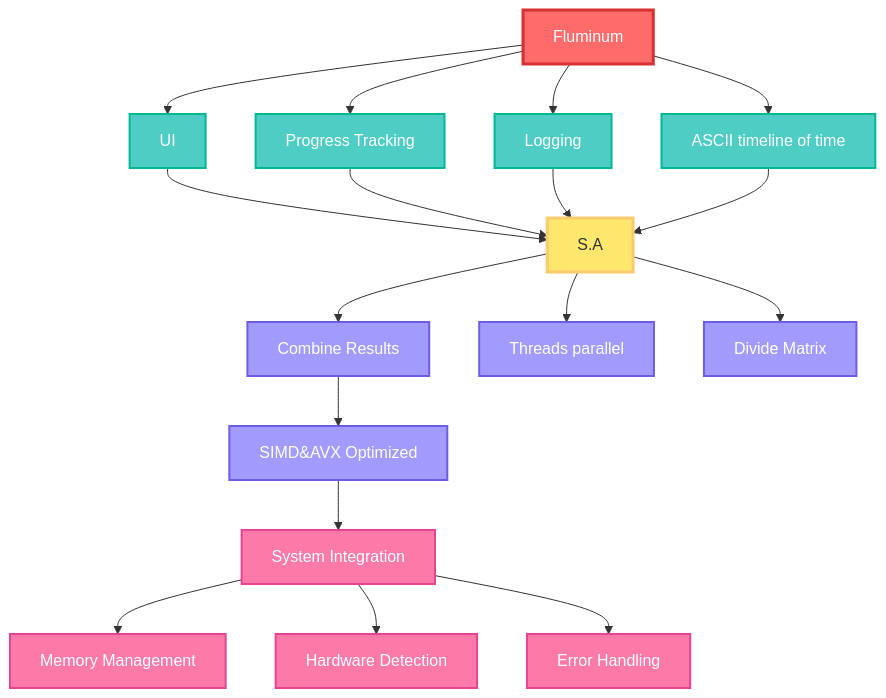
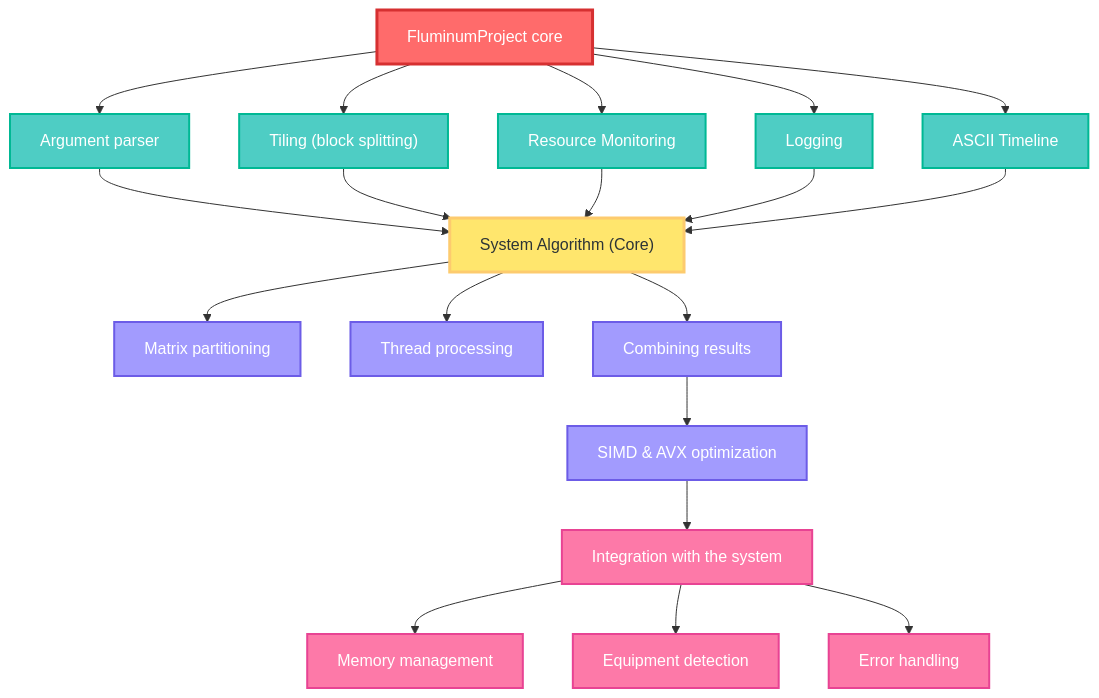
One commit to Schreiry/fluminum changed the diagram in README.md. Above: the diagram before and after it, drawn with Mermaid.

Commit message:
Architecture Overview

````diff
--- a/README.md
+++ b/README.md
@@ -109,33 +109,39 @@
 ```mermaid
 graph TD;
-    Fluminum-->UI;
-    Fluminum-->ProgressTracking["Progress Tracking"];
-    Fluminum-->Logging;
-    Fluminum-->ASCITimeline["ASCII timeline of time"];
-    UI-->SA["S.A"];
-    ProgressTracking-->SA;
-    Logging-->SA;
-    ASCITimeline-->SA;
-    SA-->CombineResults["Combine Results"];
-    SA-->ThreadsParallel["Threads parallel"];
-    SA-->DivideMatrix["Divide Matrix"];
-    CombineResults-->SIMDAVXOptimized["SIMD&AVX Optimized"];
-    SIMDAVXOptimized-->SystemIntegration["System Integration"];
-    SystemIntegration-->MemoryManagement["Memory Management"];
-    SystemIntegration-->HardwareDetection["Hardware Detection"];
-    SystemIntegration-->ErrorHandling["Error Handling"];
+    FluminumProject["FluminumProject" core]:::mainNode;
+    Parser["Argument parser"]:::processNode;
+    Tiling["Tiling (block splitting)"]:::processNode;
+    ResourceMonitor["Resource Monitoring"]:::processNode;
+    Logging["Logging"]:::processNode;
+    ASCITimeline["ASCII Timeline"]:::processNode;
+    SA["System Algorithm (Core)"]:::coreNode;
 
-    %% Стили для узлов
+    FluminumProject --> Parser;
+    FluminumProject --> Tiling;
+    FluminumProject --> ResourceMonitor;
+    FluminumProject --> Logging;
+    FluminumProject --> ASCITimeline;
+
+    Parser --> SA;
+    Tiling --> SA;
+    ResourceMonitor --> SA;
+    Logging --> SA;
+    ASCITimeline --> SA;
+
+    SA --> DivideMatrix["Matrix partitioning"]:::optimNode;
+    SA --> ThreadsParallel["Thread processing"]:::optimNode;
+    SA --> CombineResults["Combining results"]:::optimNode;
+
+    CombineResults --> SIMDAVX["SIMD & AVX optimization"]:::optimNode;
+    SIMDAVX --> SystemIntegration["Integration with the system"]:::systemNode;
+
+    SystemIntegration --> MemoryMgmt["Memory management"]:::systemNode;
+    SystemIntegration --> HardwareDetect["Equipment detection"]:::systemNode;
+    SystemIntegration --> ErrorHandling["Error handling"]:::systemNode;
+
     classDef mainNode fill:#ff6b6b,stroke:#d63031,stroke-width:3px,color:#fff;
     classDef processNode fill:#4ecdc4,stroke:#00b894,stroke-width:2px,color:#fff;
     classDef coreNode fill:#ffe66d,stroke:#fdcb6e,stroke-width:3px,color:#2d3436;
     classDef optimNode fill:#a29bfe,stroke:#6c5ce7,stroke-width:2px,color:#fff;
     classDef systemNode fill:#fd79a8,stroke:#e84393,stroke-width:2px,color:#fff;
-
-    %% Применение стилей
-    class Fluminum mainNode;
-    class UI,ProgressTracking,Logging,ASCITimeline processNode;
-    class SA coreNode;
-    class CombineResults,ThreadsParallel,DivideMatrix,SIMDAVXOptimized optimNode;
-    class SystemIntegration,MemoryManagement,HardwareDetection,ErrorHandling systemNode;
 ```
````
